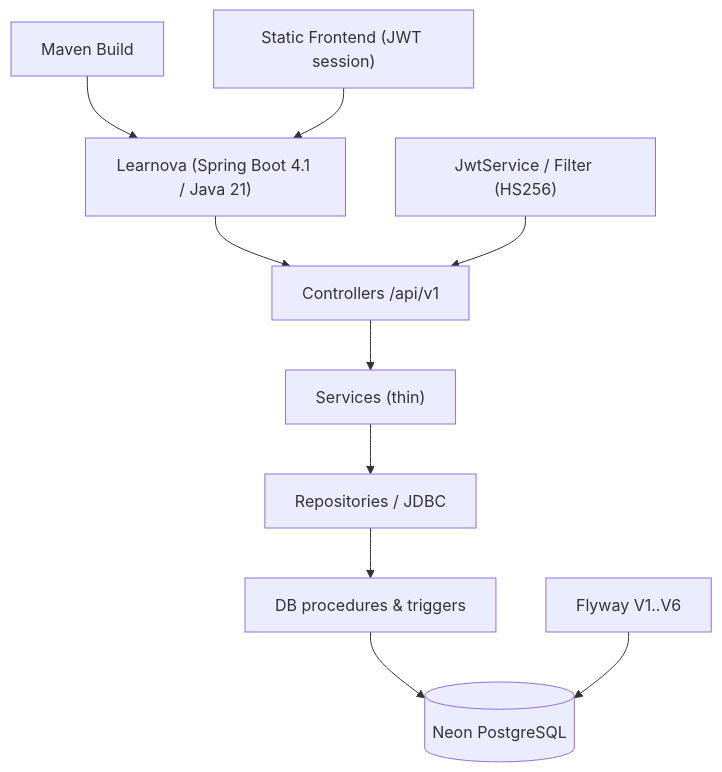
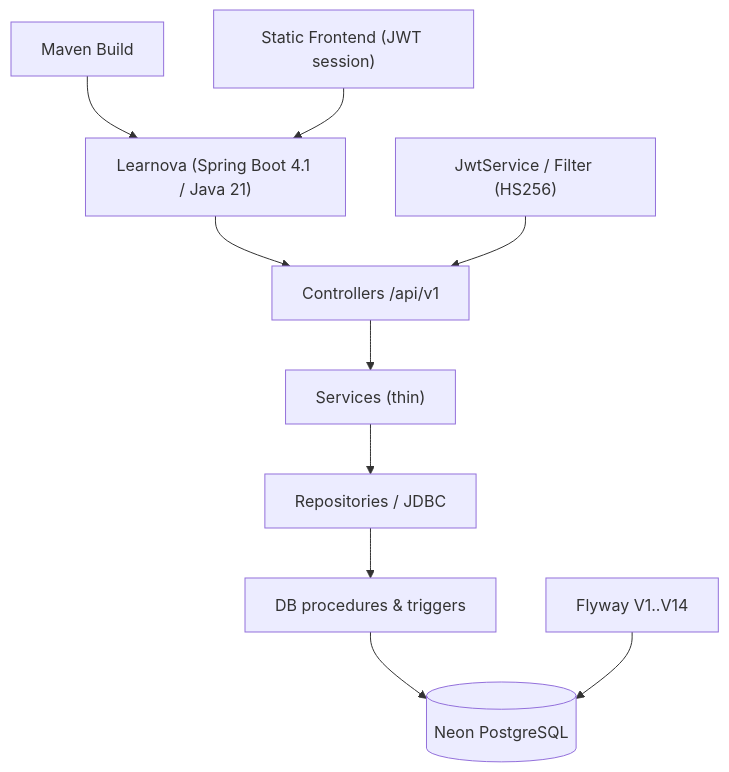
Diagram 11 of 11 in Learnova/docs/ARCHITECTURE.md (saika-sarara/DBMS-2-Project), drawn with Mermaid before and after one commit. The commit also changed other lines of this file and 300 other files, not shown here.

````diff
--- a/Learnova/docs/ARCHITECTURE.md
+++ b/Learnova/docs/ARCHITECTURE.md
@@ -500,12 +512,12 @@
 ```mermaid
 flowchart TB
     M["Maven Build"] --> APP["Learnova (Spring Boot 4.1 / Java 21)"]
     FE["Static Frontend (JWT session)"] --> APP
     APP --> CTRL["Controllers /api/v1"]
     CTRL --> SVC["Services (thin)"]
     SVC --> REPO["Repositories / JDBC"]
     REPO --> DBZ["DB procedures & triggers"]
     DBZ --> PG[("Neon PostgreSQL")]
     JWT["JwtService / Filter (HS256)"] --> CTRL
-    FLY["Flyway V1..V6"] --> PG
+    FLY["Flyway V1..V14"] --> PG
 ```
````
